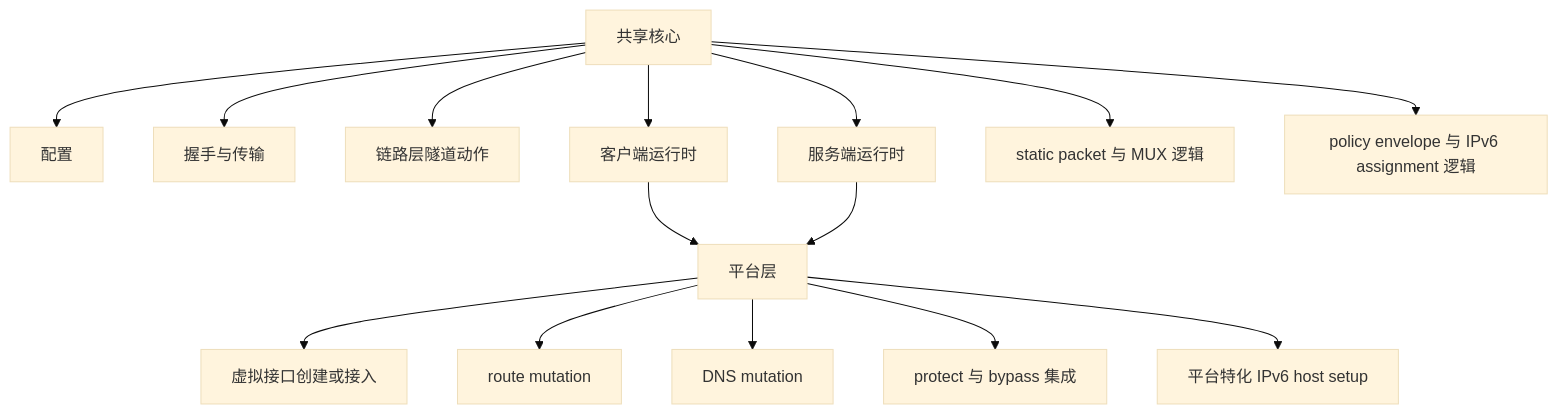
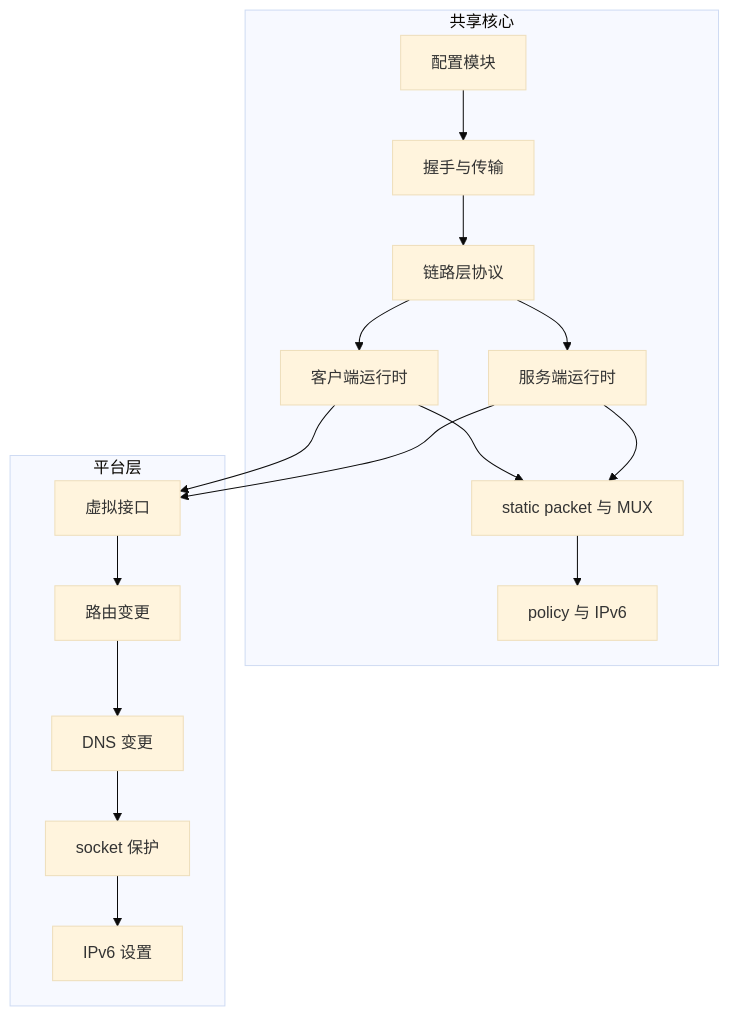
The second of 10 diagrams in docs/ARCHITECTURE_CN.md (HyacinthHaru/openppp2), drawn with Mermaid (base theme) before and after one commit. The commit also changed other lines of this file and 31 other files, not shown here.

````diff
--- a/docs/ARCHITECTURE_CN.md
+++ b/docs/ARCHITECTURE_CN.md
@@ -73,19 +116,22 @@
 ```mermaid
 flowchart TD
-    A[共享核心] --> B[配置]
-    A --> C[握手与传输]
-    A --> D[链路层隧道动作]
-    A --> E[客户端运行时]
-    A --> F[服务端运行时]
-    A --> G[static packet 与 MUX 逻辑]
-    A --> H[policy envelope 与 IPv6 assignment 逻辑]
-
-    I[平台层] --> J[虚拟接口创建或接入]
-    I --> K[route mutation]
-    I --> L[DNS mutation]
-    I --> M[protect 与 bypass 集成]
-    I --> N[平台特化 IPv6 host setup]
-
-    E --> I
-    F --> I
+    subgraph 共享核心
+        A[配置模块] --> B[握手与传输]
+        B --> C[链路层协议]
+        C --> D[客户端运行时]
+        C --> E[服务端运行时]
+        D --> F[static packet 与 MUX]
+        E --> F
+        F --> G[policy 与 IPv6]
+    end
+    
+    subgraph 平台层
+        H[虚拟接口] --> I[路由变更]
+        I --> J[DNS 变更]
+        J --> K[socket 保护]
+        K --> L[IPv6 设置]
+    end
+    
+    D --> H
+    E --> H
 ```
````
